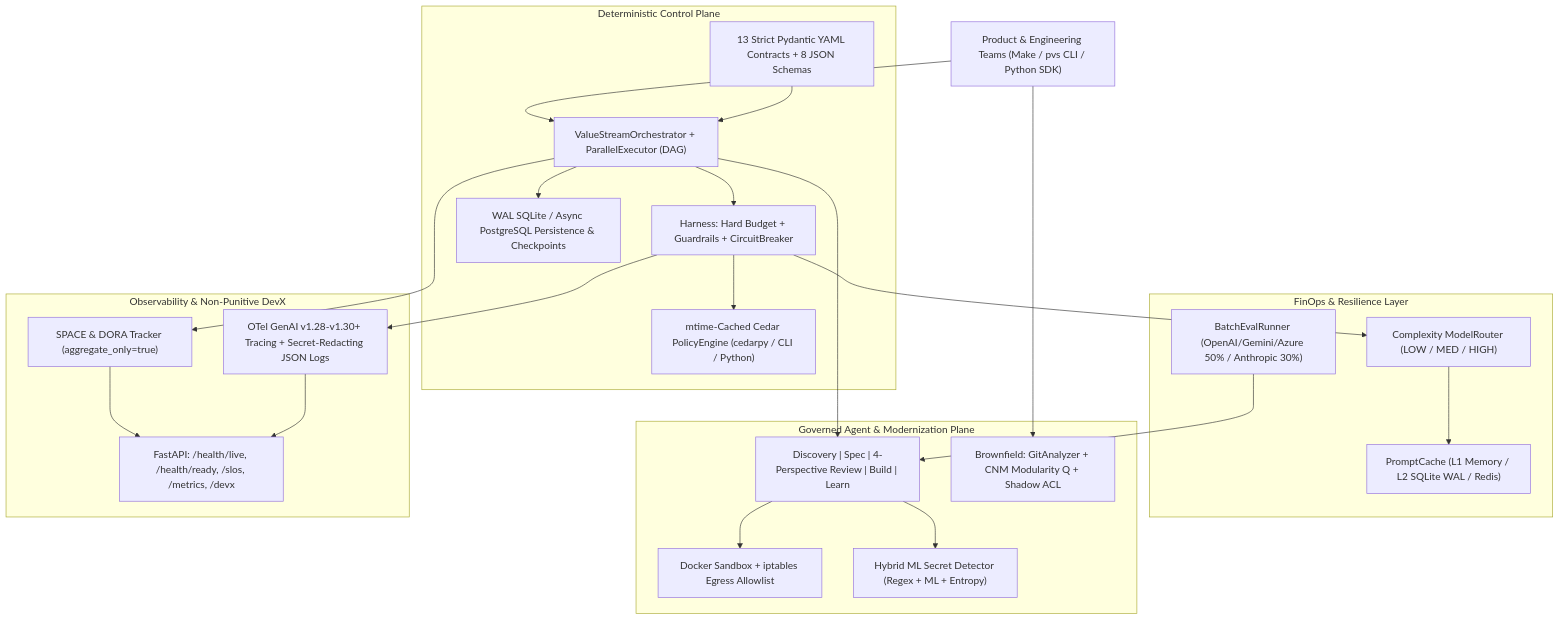
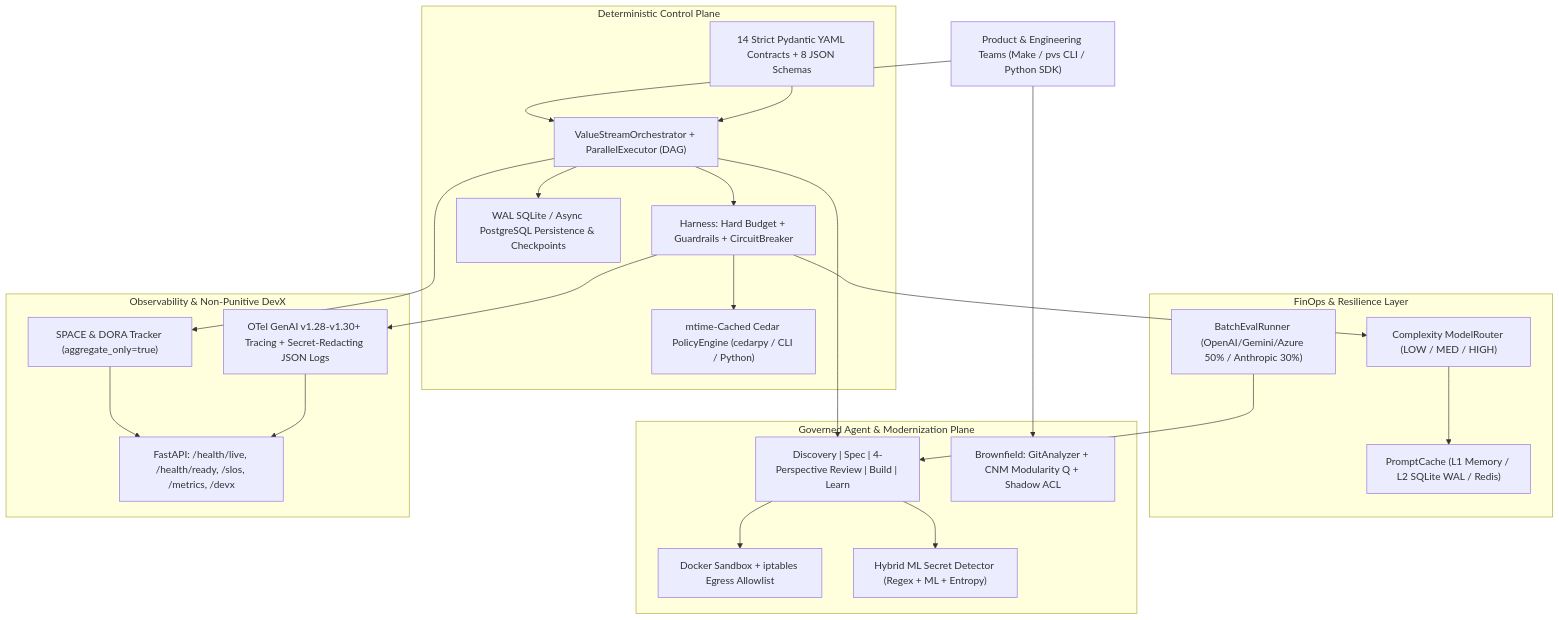
The diagram in README.md (vfcarida/AI-Native-Product-Value-System), drawn with Mermaid before and after one commit. The commit also changed other lines of this file and 35 other files, not shown here.

````diff
--- a/README.md
+++ b/README.md
@@ -36,48 +36,48 @@
 ```mermaid
 flowchart TB
     Dev["Product & Engineering Teams (Make / pvs CLI / Python SDK)"]
 
     subgraph Control["Deterministic Control Plane"]
         Orch["ValueStreamOrchestrator + ParallelExecutor (DAG)"]
-        Contracts["13 Strict Pydantic YAML Contracts + 8 JSON Schemas"]
+        Contracts["14 Strict Pydantic YAML Contracts + 8 JSON Schemas"]
         Harness["Harness: Hard Budget + Guardrails + CircuitBreaker"]
         Policy["mtime-Cached Cedar PolicyEngine (cedarpy / CLI / Python)"]
         DB["WAL SQLite / Async PostgreSQL Persistence & Checkpoints"]
     end
 
     subgraph FinOps["FinOps & Resilience Layer"]
         Router["Complexity ModelRouter (LOW / MED / HIGH)"]
         Cache["PromptCache (L1 Memory / L2 SQLite WAL / Redis)"]
         Batch["BatchEvalRunner (OpenAI/Gemini/Azure 50% / Anthropic 30%)"]
     end
 
     subgraph Agents["Governed Agent & Modernization Plane"]
         Pipeline["Discovery | Spec | 4-Perspective Review | Build | Learn"]
         Brownfield["Brownfield: GitAnalyzer + CNM Modularity Q + Shadow ACL"]
         Sandbox["Docker Sandbox + iptables Egress Allowlist"]
         Secret["Hybrid ML Secret Detector (Regex + ML + Entropy)"]
     end
 
     subgraph Obs["Observability & Non-Punitive DevX"]
         OTel["OTel GenAI v1.28-v1.30+ Tracing + Secret-Redacting JSON Logs"]
         HTTP["FastAPI: /health/live, /health/ready, /slos, /metrics, /devx"]
         DevX["SPACE & DORA Tracker (aggregate_only=true)"]
     end
 
     Dev --> Orch
     Contracts --> Orch
     Orch --> Harness
     Harness --> Policy
     Harness --> Router
     Router --> Cache
     Orch --> Pipeline
     Orch --> DB
     Pipeline --> Sandbox
     Pipeline --> Secret
     Dev --> Brownfield
     Batch --> Pipeline
     Harness --> OTel
     Orch --> DevX
     DevX --> HTTP
     OTel --> HTTP
 ```
````
